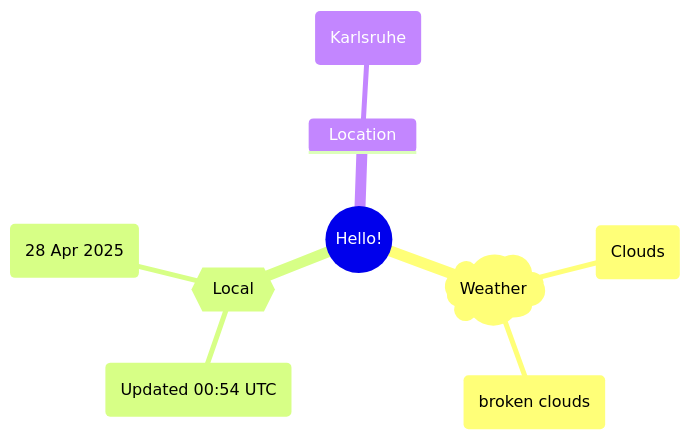
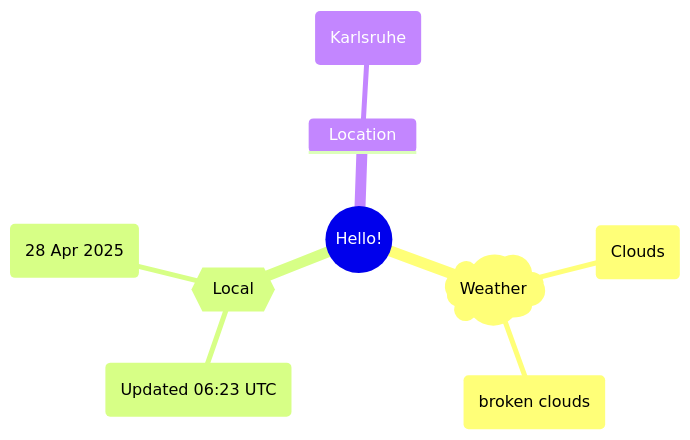
One commit to Xosrov/Xosrov changed the first of 2 diagrams in README.md. Above: the diagram before and after it, drawn with Mermaid.

Commit message:
[bot] updated images

````diff
--- a/README.md
+++ b/README.md
@@ -3,12 +3,12 @@
 ```mermaid
 mindmap
   root((Hello!))
     )Weather(
         (Clouds)
         (broken clouds)
     {{Local}}
-        (Updated 00:54 UTC)
+        (Updated 06:23 UTC)
         (28 Apr 2025)
     Location
         (Karlsruhe)
 ```
````
